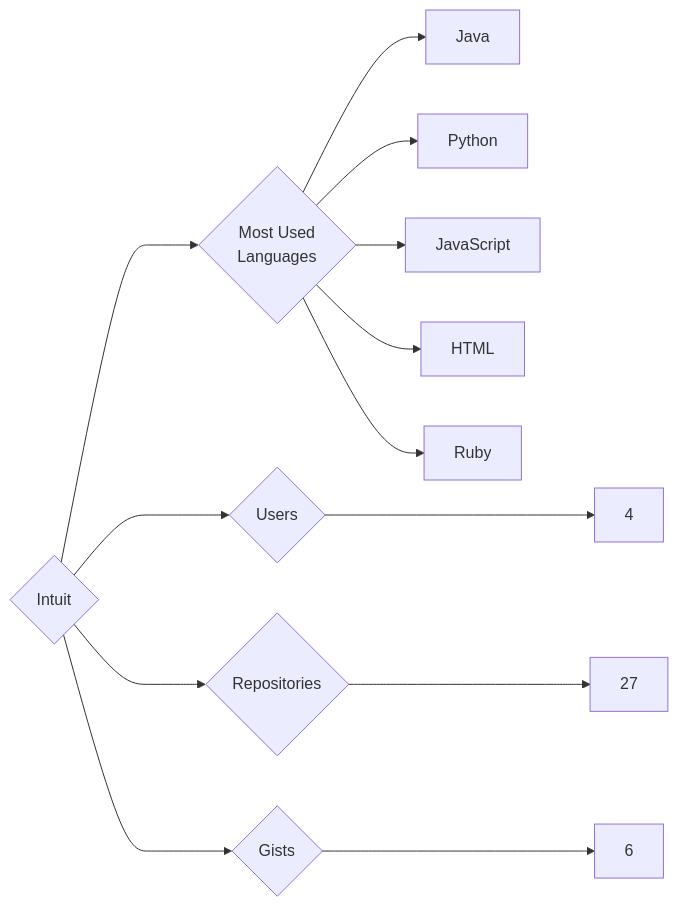
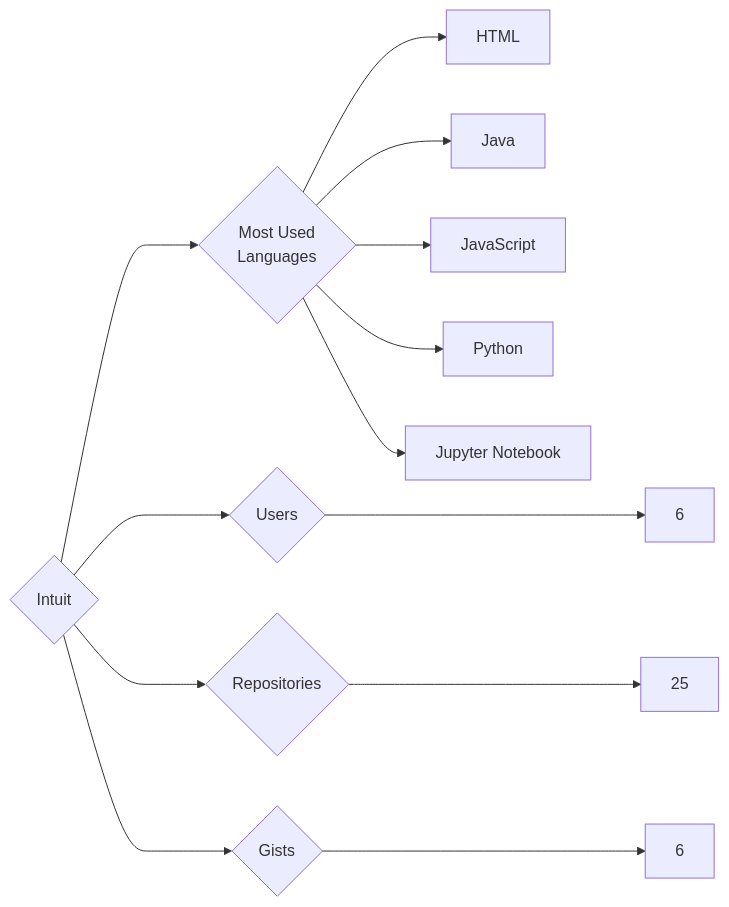
Before and after one commit to trickest/insiders: the diagram in targets/Intuit/README.md, drawn with Mermaid. The commit also changed 1007 other files, not shown here.

````diff
--- a/targets/Intuit/README.md
+++ b/targets/Intuit/README.md
@@ -3,13 +3,13 @@
 ```mermaid
 graph LR
 COMPANY_NAME{Intuit}
-COMPANY_NAME ---> U{Users} ---> UN[4]
-COMPANY_NAME ---> R{Repositories} ---> RN[27]
+COMPANY_NAME ---> U{Users} ---> UN[6]
+COMPANY_NAME ---> R{Repositories} ---> RN[25]
 COMPANY_NAME ---> G{Gists} ---> GN[6]
 COMPANY_NAME ---> ML{Most Used<br>Languages}
+ML --> HTML[HTML]
 ML --> Java[Java]
+ML --> JavaScript[JavaScript]
 ML --> Python[Python]
-ML --> JavaScript[JavaScript]
-ML --> HTML[HTML]
-ML --> Ruby[Ruby]
+ML --> Jupyter_Notebook[Jupyter Notebook]
 ```
````
